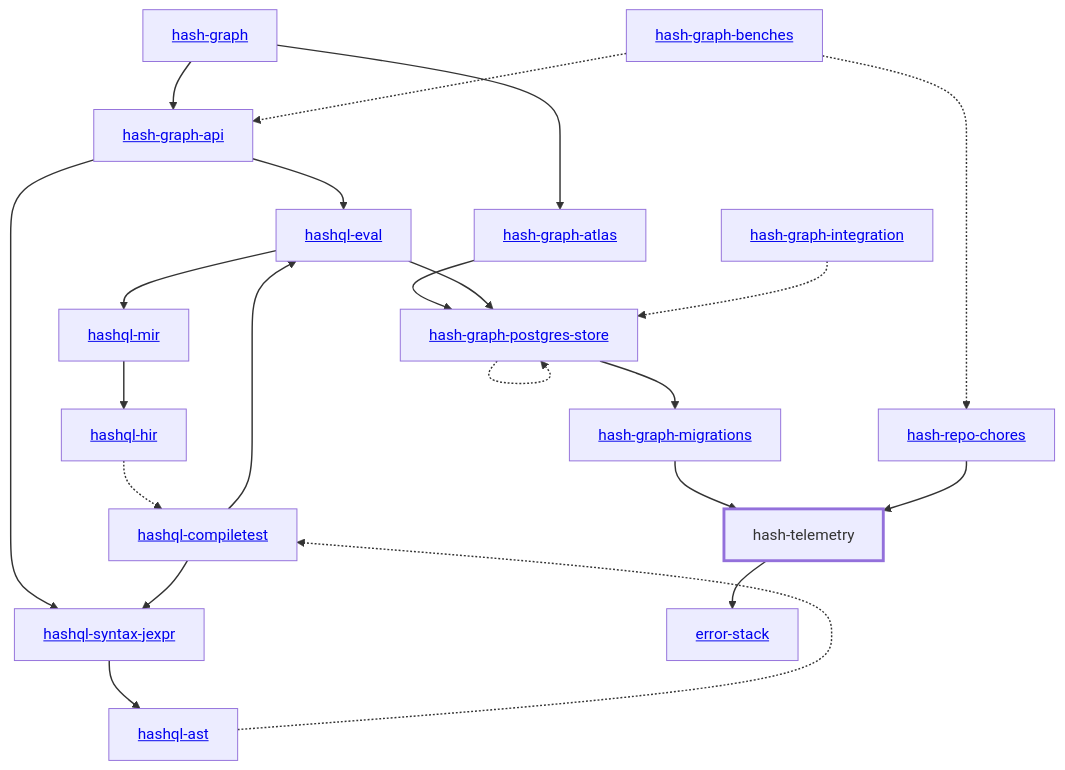
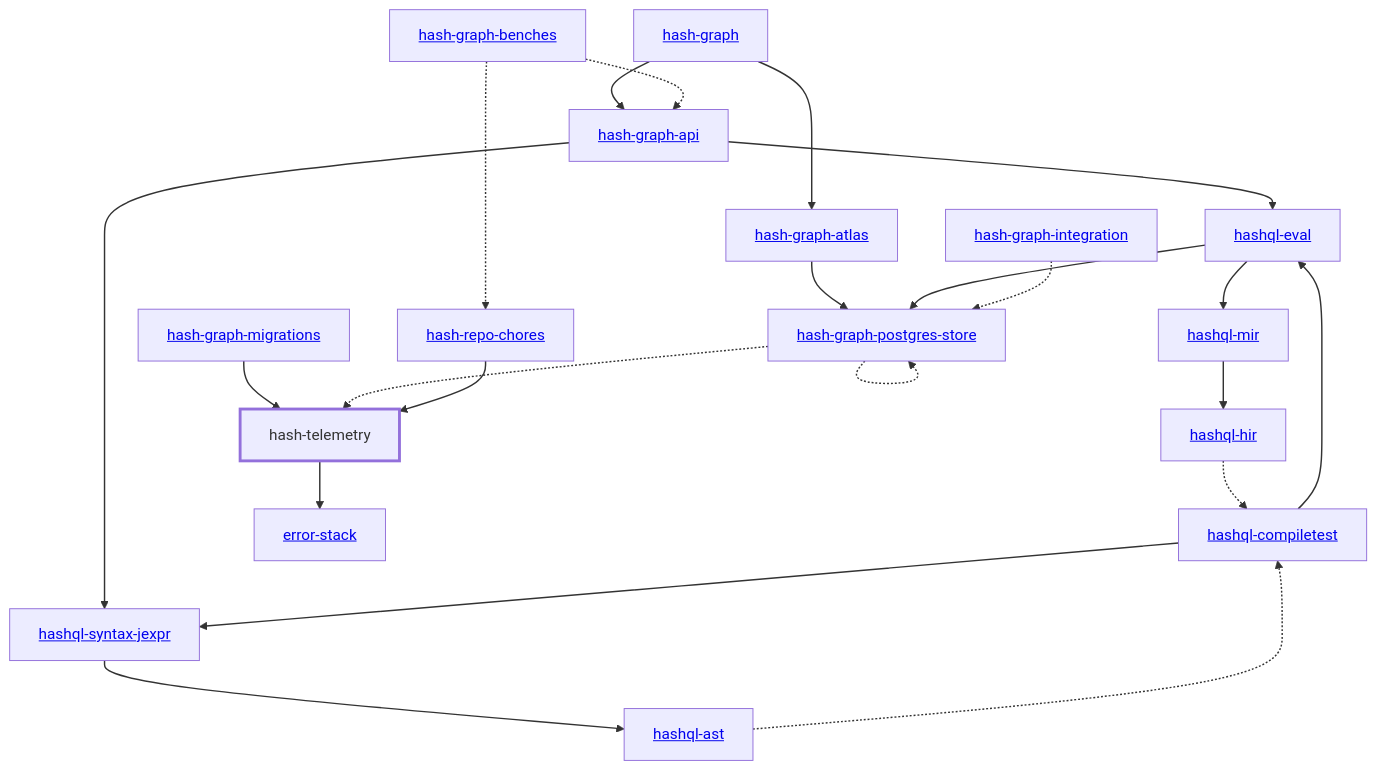
Before and after one commit to hashintel/hash: the diagram in libs/@local/telemetry/docs/dependency-diagram.mmd, drawn with Mermaid. The commit also changed 12 other files, not shown here.

Commit message:
Update dependency diagrams

```diff
--- a/libs/@local/telemetry/docs/dependency-diagram.mmd
+++ b/libs/@local/telemetry/docs/dependency-diagram.mmd
@@ -1,48 +1,48 @@
 graph TD
     linkStyle default stroke-width:1.5px
     classDef default stroke-width:1px
     classDef root stroke-width:3px
     classDef dev stroke-width:1px
     classDef build stroke-width:1px
     %% Legend
     %% --> : Normal dependency
     %% -.-> : Dev dependency
     %% ---> : Build dependency
     0[<a href="../hash_graph/index.html">hash-graph</a>]
     1[<a href="../hash_graph_api/index.html">hash-graph-api</a>]
     2[<a href="../hash_graph_atlas/index.html">hash-graph-atlas</a>]
     3[<a href="../hash_graph_migrations/index.html">hash-graph-migrations</a>]
     4[<a href="../hash_graph_postgres_store/index.html">hash-graph-postgres-store</a>]
     5[<a href="../hashql_ast/index.html">hashql-ast</a>]
     6[<a href="../hashql_compiletest/index.html">hashql-compiletest</a>]
     7[<a href="../hashql_eval/index.html">hashql-eval</a>]
     8[<a href="../hashql_hir/index.html">hashql-hir</a>]
     9[<a href="../hashql_mir/index.html">hashql-mir</a>]
     10[<a href="../hashql_syntax_jexpr/index.html">hashql-syntax-jexpr</a>]
     11[<a href="../hash_repo_chores/index.html">hash-repo-chores</a>]
     12[hash-telemetry]
     class 12 root
     13[<a href="../error_stack/index.html">error-stack</a>]
     14[<a href="../hash_graph_benches/index.html">hash-graph-benches</a>]
     15[<a href="../hash_graph_integration/index.html">hash-graph-integration</a>]
     0 --> 1
     0 --> 2
     1 --> 7
     1 --> 10
     2 --> 4
     3 --> 12
-    4 --> 3
     4 -.-> 4
+    4 -.-> 12
     5 -.-> 6
     6 --> 7
     6 --> 10
     7 --> 4
     7 --> 9
     8 -.-> 6
     9 --> 8
     10 --> 5
     11 --> 12
     12 --> 13
     14 -.-> 1
     14 -.-> 11
     15 -.-> 4
```
